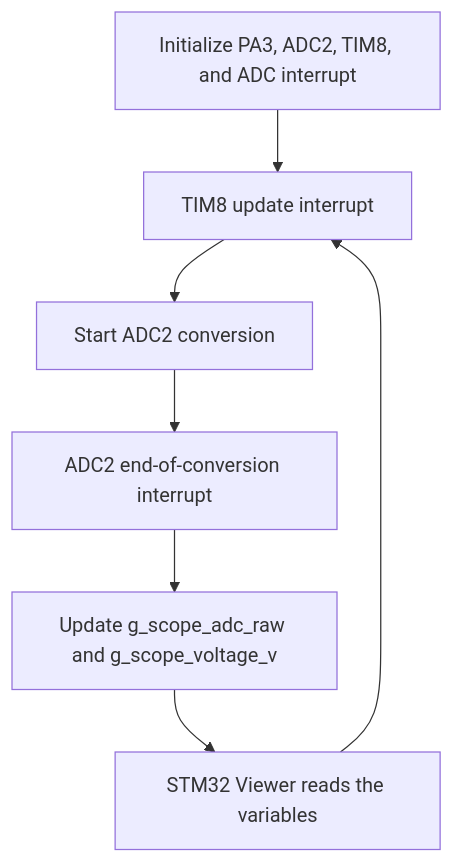
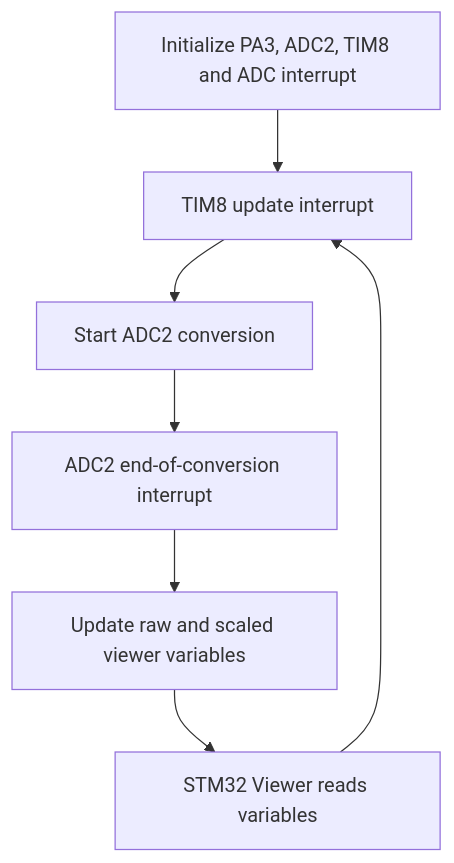
The sixth of 6 diagrams in README.md (MusaabTaha/EduScope), drawn with Mermaid before and after one commit. The commit also changed other lines of this file, not shown here.

````diff
--- a/README.md
+++ b/README.md
@@ -294,12 +299,12 @@
 ```mermaid
 flowchart TD
-    INIT[Initialize PA3, ADC2, TIM8, and ADC interrupt]
-    T8[TIM8 update interrupt]
+    INIT[Initialize PA3, ADC2, TIM8 and ADC interrupt]
+    TICK[TIM8 update interrupt]
     START[Start ADC2 conversion]
     EOC[ADC2 end-of-conversion interrupt]
-    STORE[Update g_scope_adc_raw and g_scope_voltage_v]
-    VIEW[STM32 Viewer reads the variables]
+    STORE[Update raw and scaled viewer variables]
+    VIEW[STM32 Viewer reads variables]
 
-    INIT --> T8 --> START --> EOC --> STORE --> VIEW
-    VIEW --> T8
+    INIT --> TICK --> START --> EOC --> STORE --> VIEW
+    VIEW --> TICK
 ```
````
